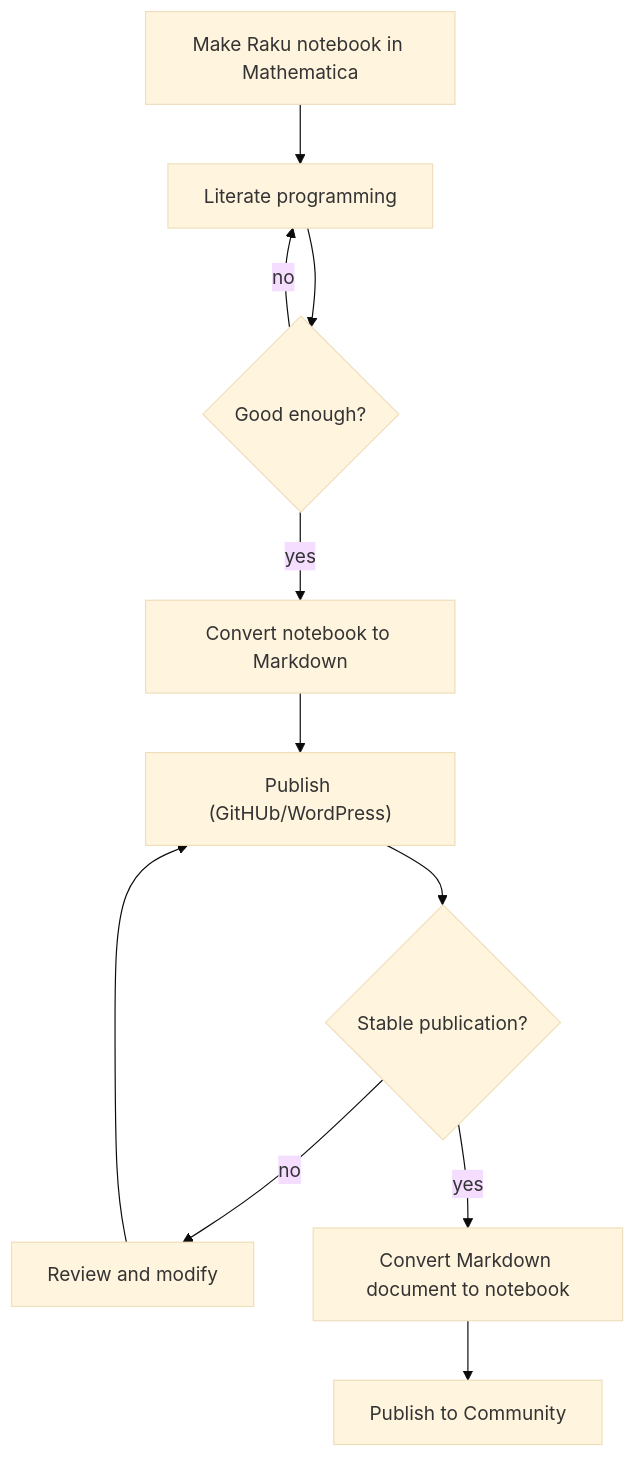
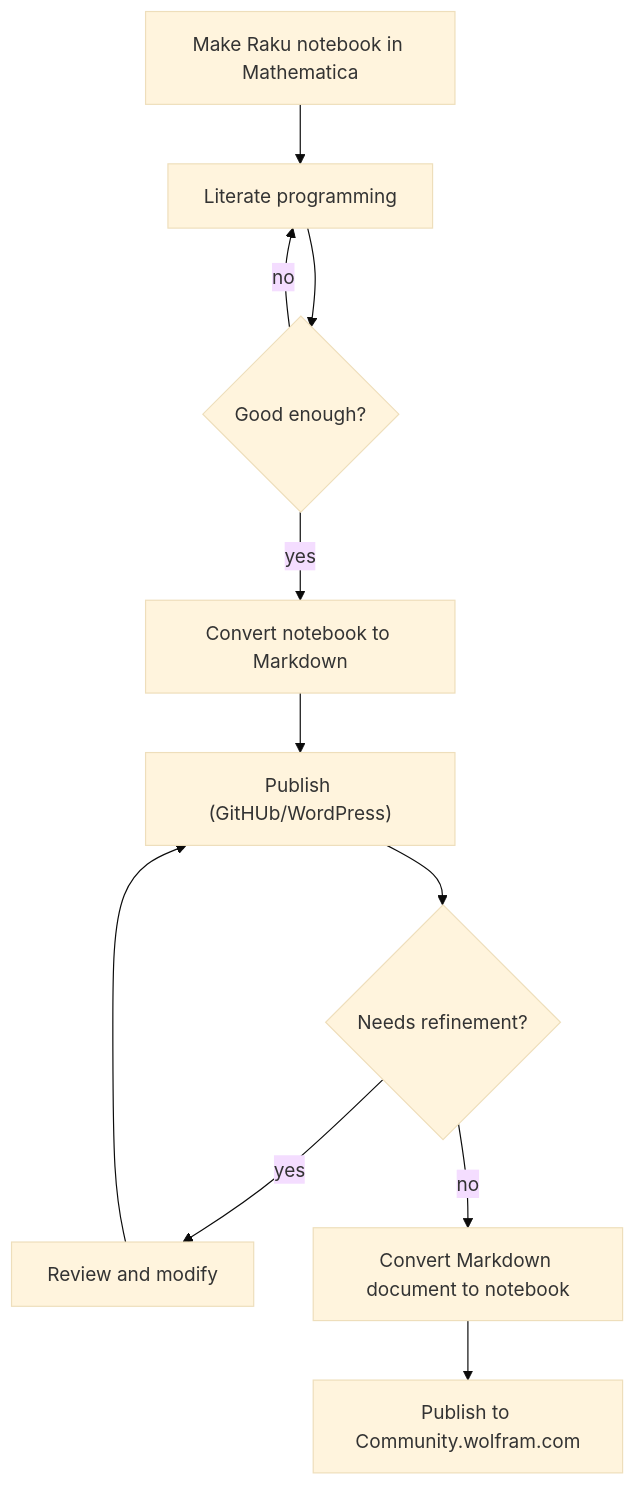
The first of 2 diagrams in README-work.md (antononcube/Raku-Markdown-Grammar), drawn with Mermaid (base theme) before and after one commit. The commit also changed 1 other file, not shown here.

Commit message:
docs:Better motivation workflow diagram.

````diff
--- a/README-work.md
+++ b/README-work.md
@@ -34,14 +34,14 @@
 ```mermaid
 graph TD
     Rnb[Make Raku notebook in Mathematica]-->LT
     LT[Literate programming]-->GE
     GE{Good enough?}-->|yes|CN
     CN[Convert notebook to Markdown]-->P
     P["Publish (GitHUb/WordPress)"]-->SP
-    SP-->|no|R
+    SP-->|yes|R
     R[Review and modify]-->P
     GE-->|no|LT
-    SP{Stable publication?}-->|yes|CM
+    SP{Needs refinement?}-->|no|CM
     CM[Convert Markdown document to notebook]-->PC
-    PC[Publish to Community]
+    PC["Publish to Community.wolfram.com"]   
 ```
````
